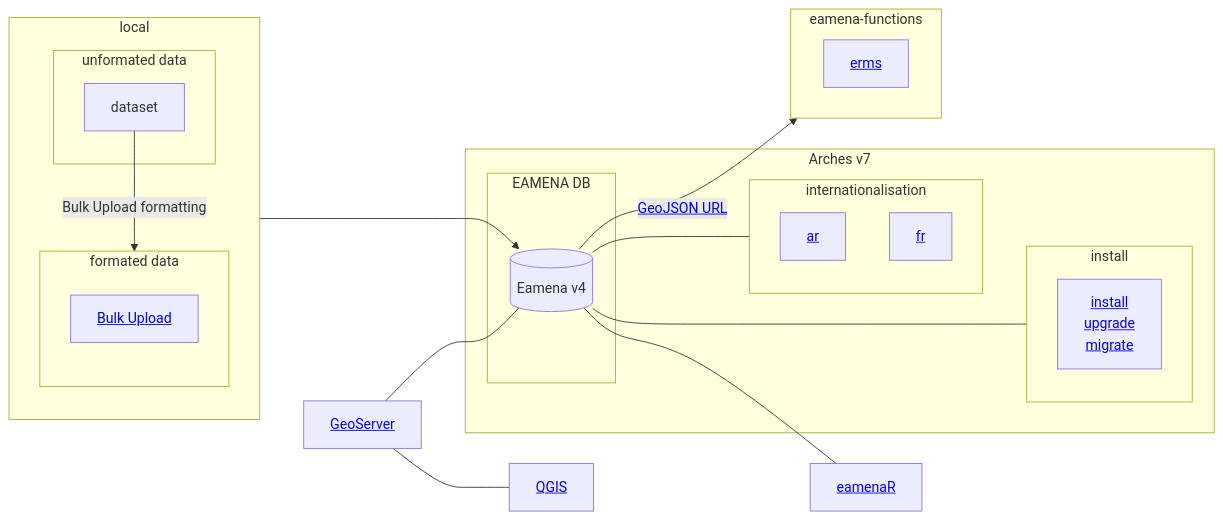
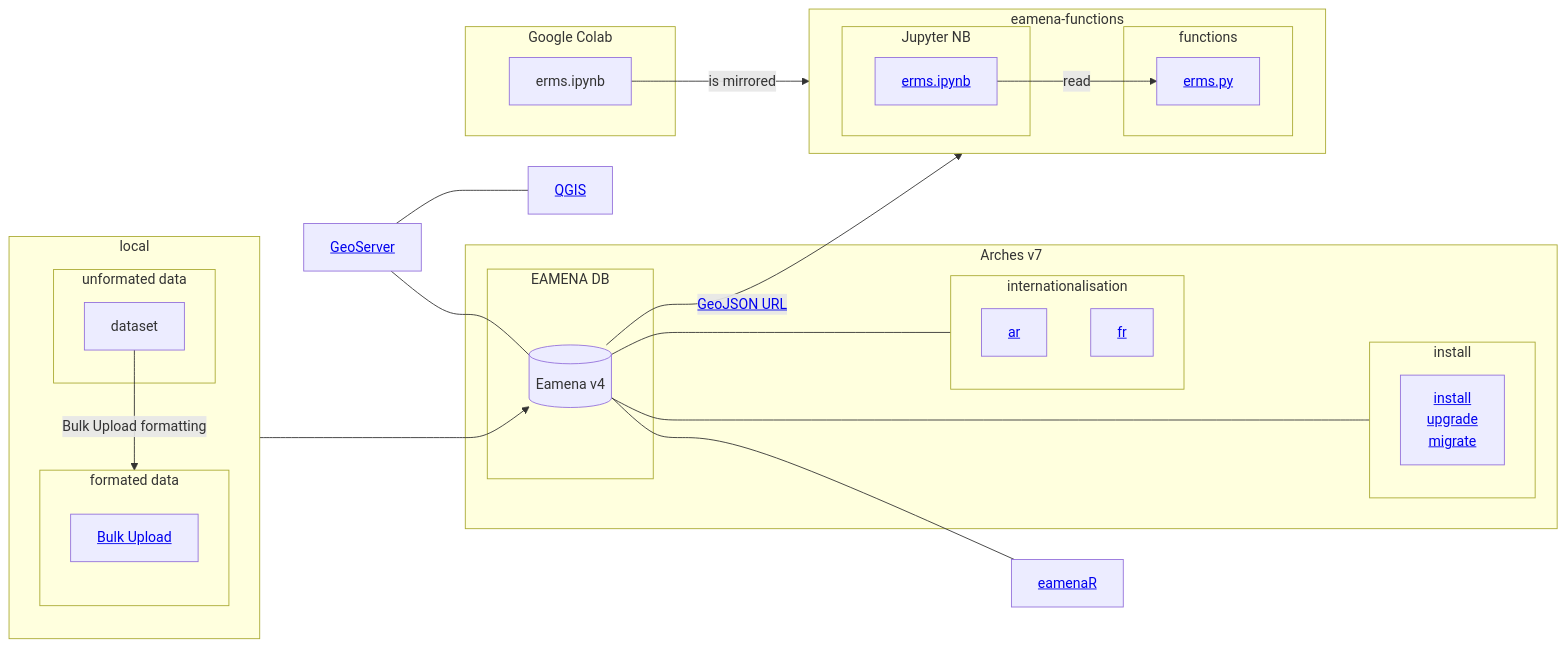
One commit to eamena-project/eamena-arches-dev changed the diagram in dbs/database.eamena/README.md. Above: the diagram before and after it, drawn with Mermaid.

Commit message:
workflow db

````diff
--- a/dbs/database.eamena/README.md
+++ b/dbs/database.eamena/README.md
@@ -5,36 +5,44 @@
 ```mermaid
 flowchart LR
   subgraph Arches v7
     subgraph EAMENA DB
     ea[(Eamena v4)]
     end
     subgraph internationalisation
       id6[<a href='https://github.com/eamena-project/eamena-arches-dev/tree/main/dbs/database.eamena/internationalisation'>ar</a>];
       id7[<a href='https://github.com/eamena-project/eamena-arches-dev/tree/main/dbs/database.eamena/internationalisation'>fr</a>];
     end 
     subgraph install
       id8[<a href='https://github.com/eamena-project/eamena-arches-dev/tree/main/dbs/database.eamena/install'>install<br>upgrade<br>migrate</a>];
     end 
   end
   id3[<a href='https://github.com/eamena-project/eamena-arches-dev/tree/main/geoserver'>GeoServer</a>] --- ea;
   id3 --- id4[<a href='https://github.com/eamena-project/eamena-arches-dev/tree/main/gis/qgis'>QGIS</a>];
   subgraph local
     direction TB
     subgraph unformated data
       id9A[dataset]
     end
     subgraph formated data
       direction TB
       id9A -- Bulk Upload formatting --> id9B[<a href='https://github.com/eamena-project/eamena-arches-dev/tree/main/data/bulk#readme'>Bulk Upload</a>]
       id9B ---> ea;
     end
   end
   subgraph eamena-functions
     direction LR
-    idf1[<a href='https://github.com/eamena-project/eamena-functions/tree/main/erms'>erms</a>]
+    subgraph functions
+      idf1[<a href='https://github.com/eamena-project/eamena-functions/tree/main/erms'>erms.py</a>]
+    end
+    subgraph Jupyter NB
+      idf2[<a href='https://github.com/eamena-project/eamena-functions/tree/main/erms'>erms.ipynb</a>] -- read --> idf1
+    end
+  end
+  subgraph Google Colab
+    idg1[erms.ipynb] -- is mirrored --> idf2
   end
   ea -- <a href='query#url'>GeoJSON URL</a> --> idf1
   ea --- id5[<a href='https://github.com/eamena-project/eamenaR'>eamenaR</a>];
   ea --- internationalisation
   ea <--- install
 ```
````
